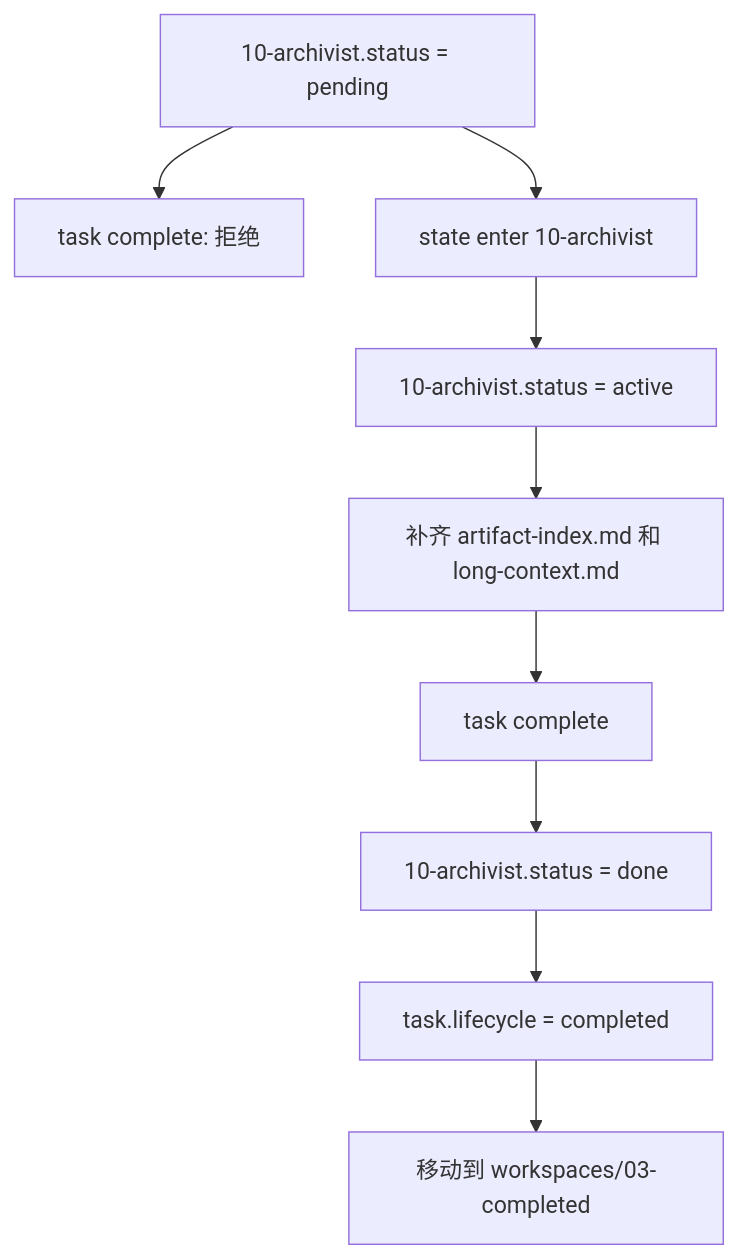
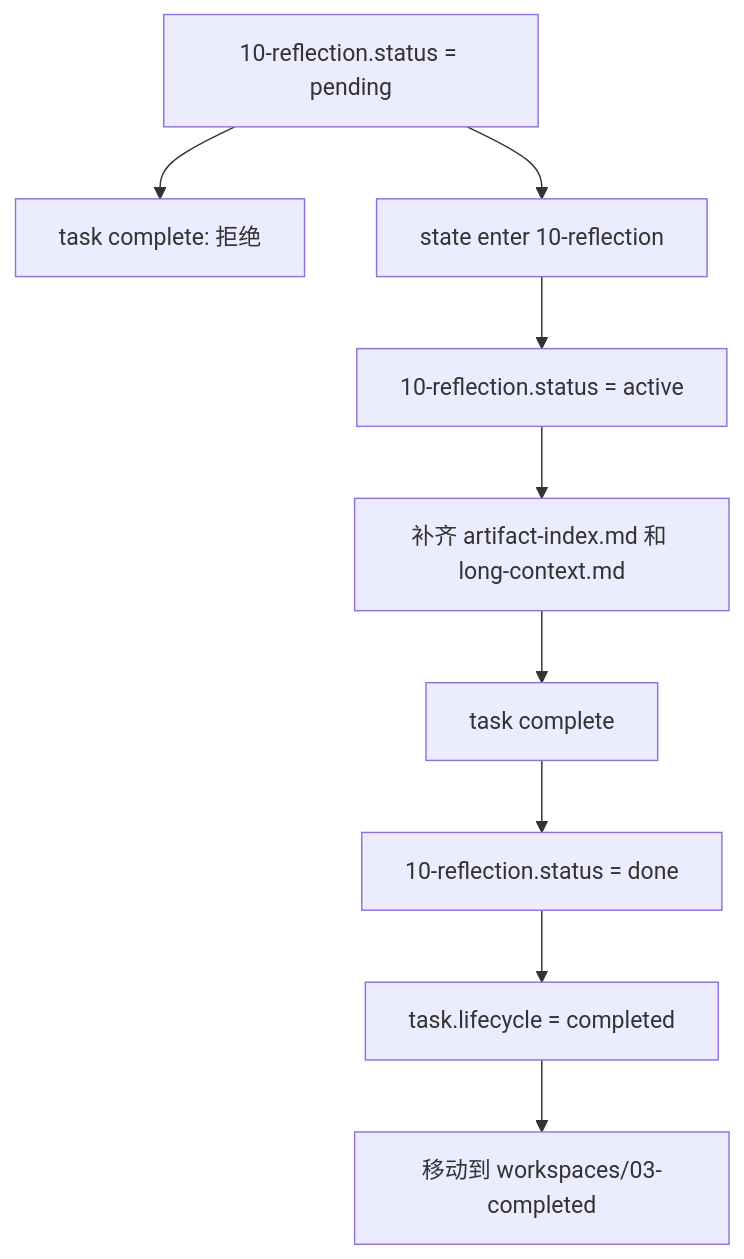
Before and after one commit to hedon954/daedalus: the eighth of 8 diagrams in crates/docs/repo-learning-stage-state-flow.md, drawn with Mermaid. The commit also changed other lines of this file and 43 other files, not shown here.

````diff
--- a/crates/docs/repo-learning-stage-state-flow.md
+++ b/crates/docs/repo-learning-stage-state-flow.md
@@ -175,11 +175,11 @@
 ```mermaid
 flowchart TD
-    s10Pending["10-archivist.status = pending"] --> invalidComplete["task complete: 拒绝"]
-    s10Pending --> enterS10["state enter 10-archivist"]
-    enterS10 --> s10Active["10-archivist.status = active"]
+    s10Pending["10-reflection.status = pending"] --> invalidComplete["task complete: 拒绝"]
+    s10Pending --> enterS10["state enter 10-reflection"]
+    enterS10 --> s10Active["10-reflection.status = active"]
     s10Active --> archiveArtifacts["补齐 artifact-index.md 和 long-context.md"]
     archiveArtifacts --> taskComplete["task complete"]
-    taskComplete --> s10Done["10-archivist.status = done"]
+    taskComplete --> s10Done["10-reflection.status = done"]
     s10Done --> taskClosed["task.lifecycle = completed"]
     taskClosed --> moveCompleted["移动到 workspaces/03-completed"]
 ```
````
